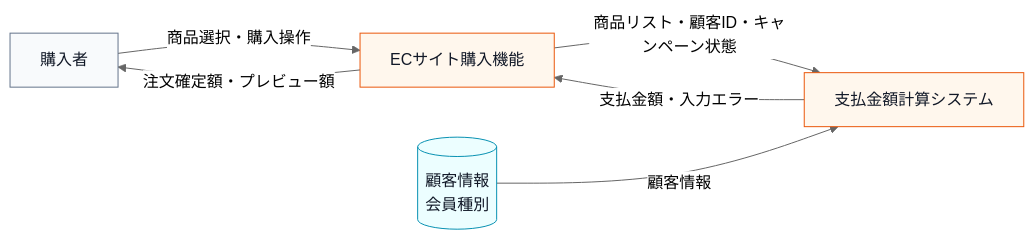
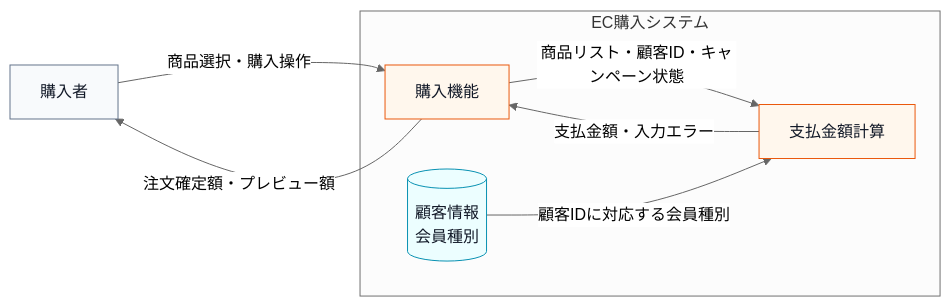
Before and after one commit to kumachan1101-pixel/DesignPattern: the first of 12 diagrams in kindle/design-patterns/output/chapter01.md, drawn with Mermaid (neutral theme). The commit also changed other lines of this file and 13 other files, not shown here.

````diff
--- a/kindle/design-patterns/output/chapter01.md
+++ b/kindle/design-patterns/output/chapter01.md
@@ -46,15 +48,22 @@
 ```mermaid
 flowchart LR
-    U["購入者"] -->|"商品選択・購入操作"| EC["ECサイト購入機能"]
-    EC -->|"商品リスト・顧客ID・キャンペーン状態"| S["支払金額計算システム"]
-    D[("顧客情報<br>会員種別")] -->|"顧客情報"| S
-    S -->|"支払金額・入力エラー"| EC
+    U["購入者"] -->|"商品選択・購入操作"| EC
+
+    subgraph SHOP["EC購入システム"]
+        EC["購入機能"]
+        S["支払金額計算"]
+        D[("顧客情報<br>会員種別")]
+        EC -->|"商品リスト・顧客ID・キャンペーン状態"| S
+        D -->|"顧客IDに対応する会員種別"| S
+        S -->|"支払金額・入力エラー"| EC
+    end
+
     EC -->|"注文確定額・プレビュー額"| U
 
     classDef actor fill:#f8fafc,stroke:#64748b,color:#111827;
     classDef system fill:#fff7ed,stroke:#ea580c,color:#111827;
     classDef data fill:#ecfeff,stroke:#0891b2,color:#111827;
     class U actor;
     class EC,S system;
     class D data;
 ```
````
